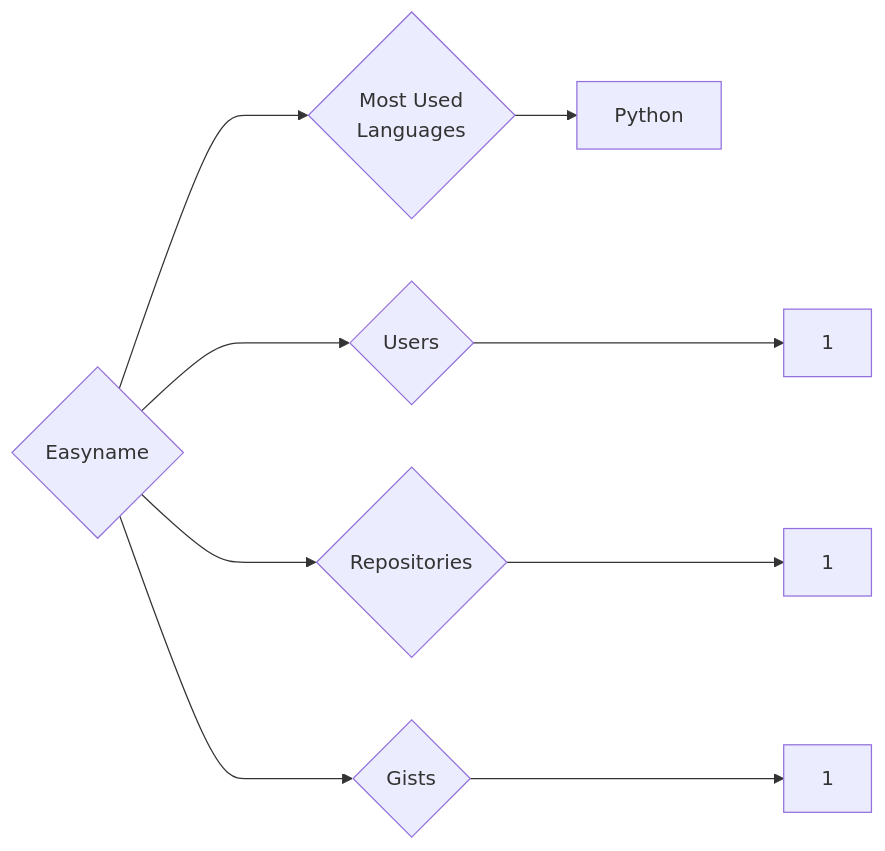
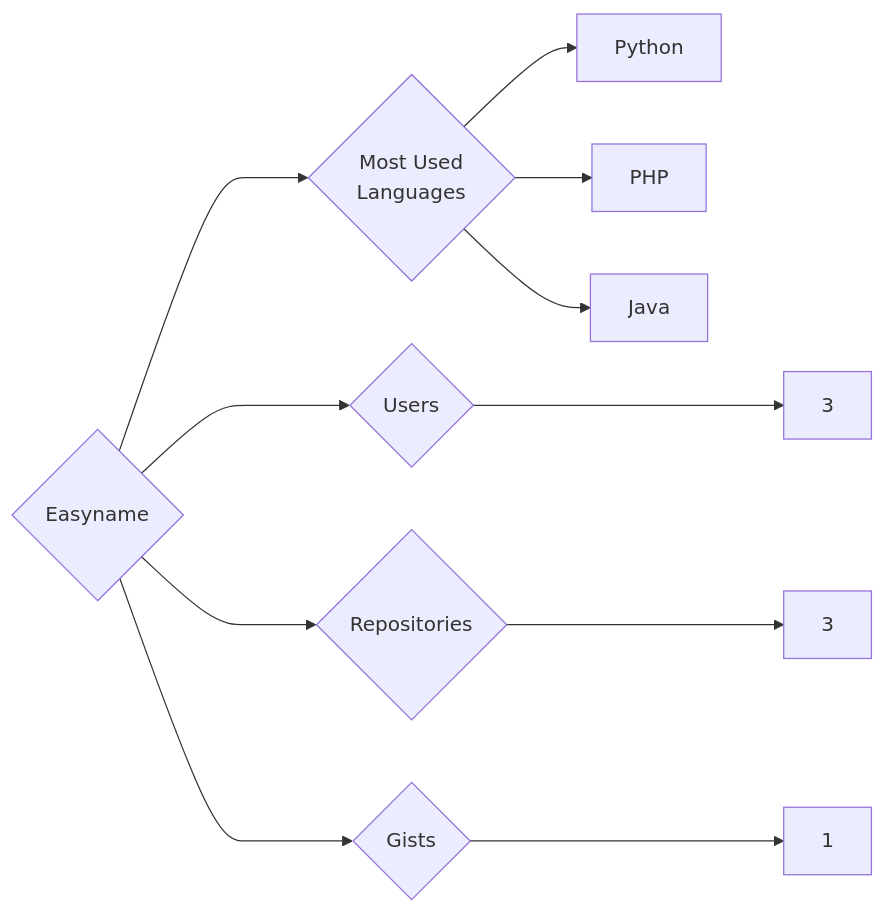
One commit to trickest/insiders changed the diagram in targets/Easyname/README.md. Above: the diagram before and after it, drawn with Mermaid. The commit also changed 1238 other files, not shown here.

````diff
--- a/targets/Easyname/README.md
+++ b/targets/Easyname/README.md
@@ -3,9 +3,11 @@
 ```mermaid
 graph LR
 COMPANY_NAME{Easyname}
-COMPANY_NAME ---> U{Users} ---> UN[1]
-COMPANY_NAME ---> R{Repositories} ---> RN[1]
+COMPANY_NAME ---> U{Users} ---> UN[3]
+COMPANY_NAME ---> R{Repositories} ---> RN[3]
 COMPANY_NAME ---> G{Gists} ---> GN[1]
 COMPANY_NAME ---> ML{Most Used<br>Languages}
 ML --> Python[Python]
+ML --> PHP[PHP]
+ML --> Java[Java]
 ```
````
